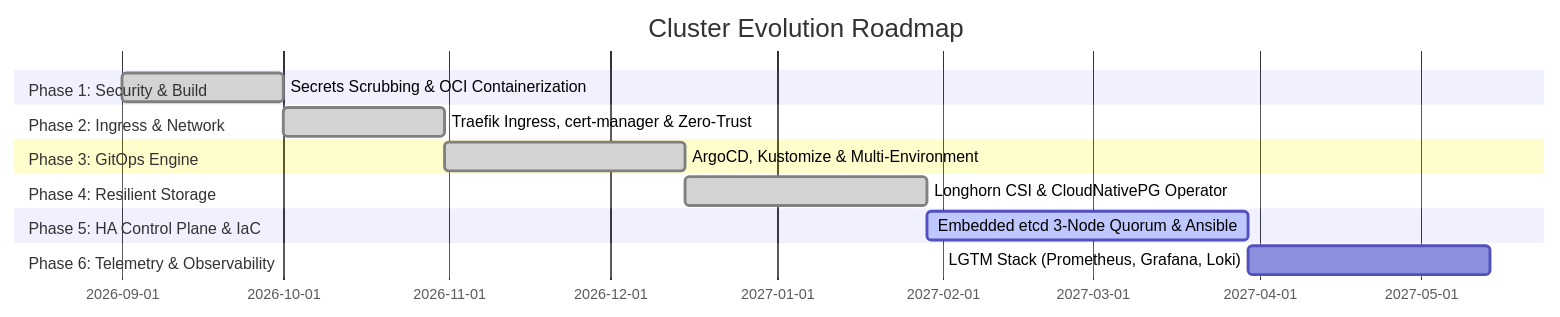
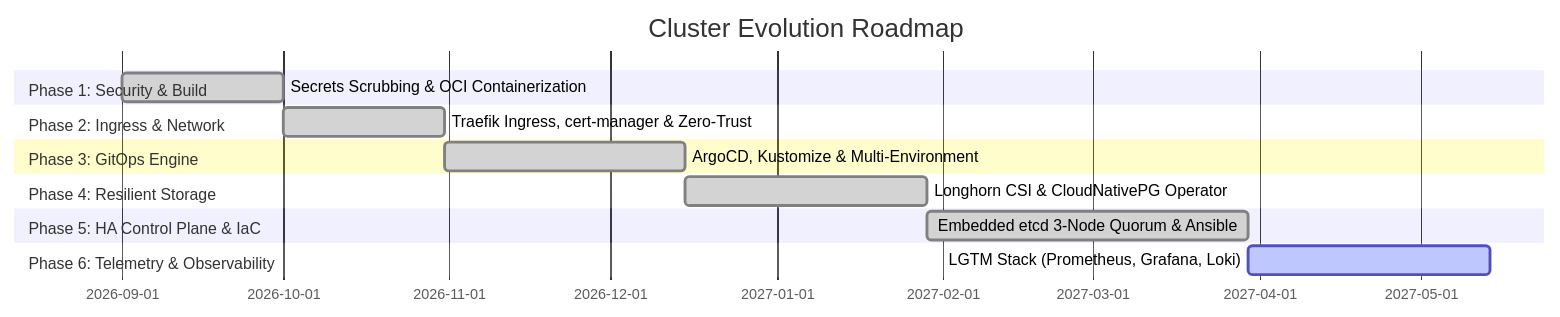
Before and after one commit to Ri4ards2006/full-stack-cluster: the diagram in ROADMAP.md, drawn with Mermaid. The commit also changed other lines of this file and 1 other file, not shown here.

````diff
--- a/ROADMAP.md
+++ b/ROADMAP.md
@@ -7,17 +7,17 @@
 ```mermaid
 gantt
     title Cluster Evolution Roadmap
     dateFormat  YYYY-MM-DD
     section Phase 1: Security & Build
     Secrets Scrubbing & OCI Containerization :done, p1, 2026-09-01, 30d
     section Phase 2: Ingress & Network
     Traefik Ingress, cert-manager & Zero-Trust :done, p2, after p1, 30d
     section Phase 3: GitOps Engine
     ArgoCD, Kustomize & Multi-Environment   :done, p3, after p2, 45d
     section Phase 4: Resilient Storage
     Longhorn CSI & CloudNativePG Operator    :done, p4, after p3, 45d
     section Phase 5: HA Control Plane & IaC
-    Embedded etcd 3-Node Quorum & Ansible    :active, p5, after p4, 60d
+    Embedded etcd 3-Node Quorum & Ansible    :done, p5, after p4, 60d
     section Phase 6: Telemetry & Observability
-    LGTM Stack (Prometheus, Grafana, Loki)   :p6, after p5, 45d
+    LGTM Stack (Prometheus, Grafana, Loki)   :active, p6, after p5, 45d
 ```
````
